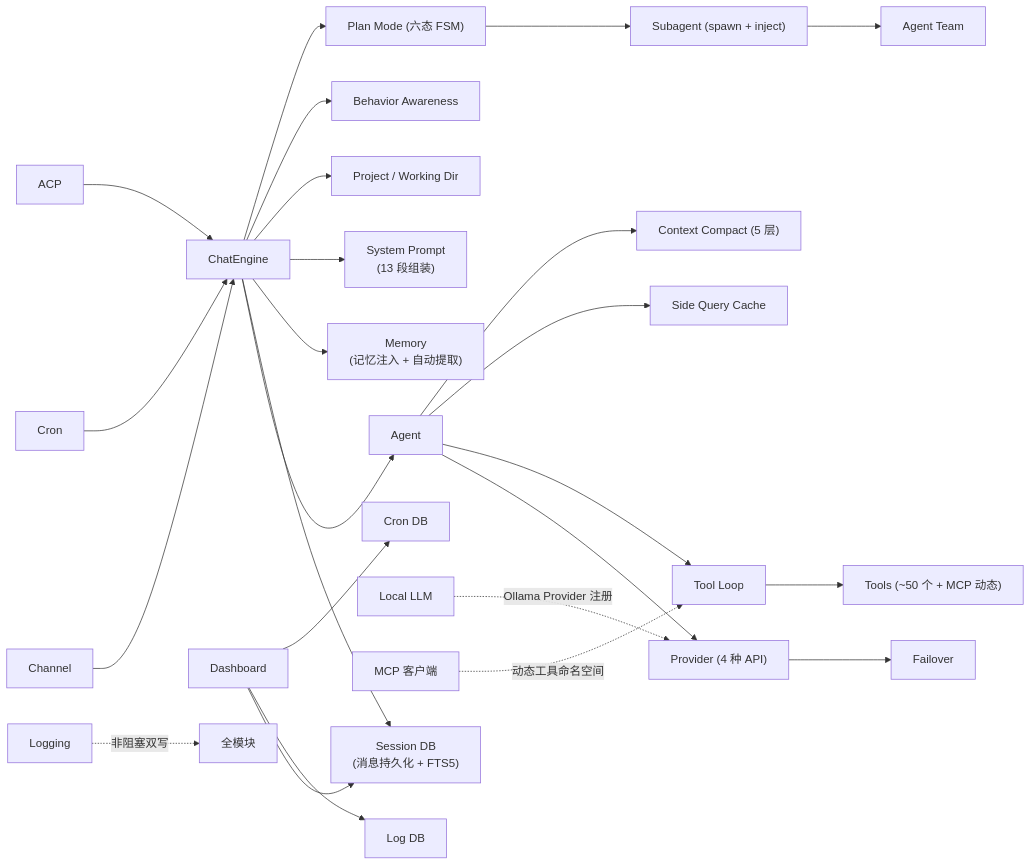
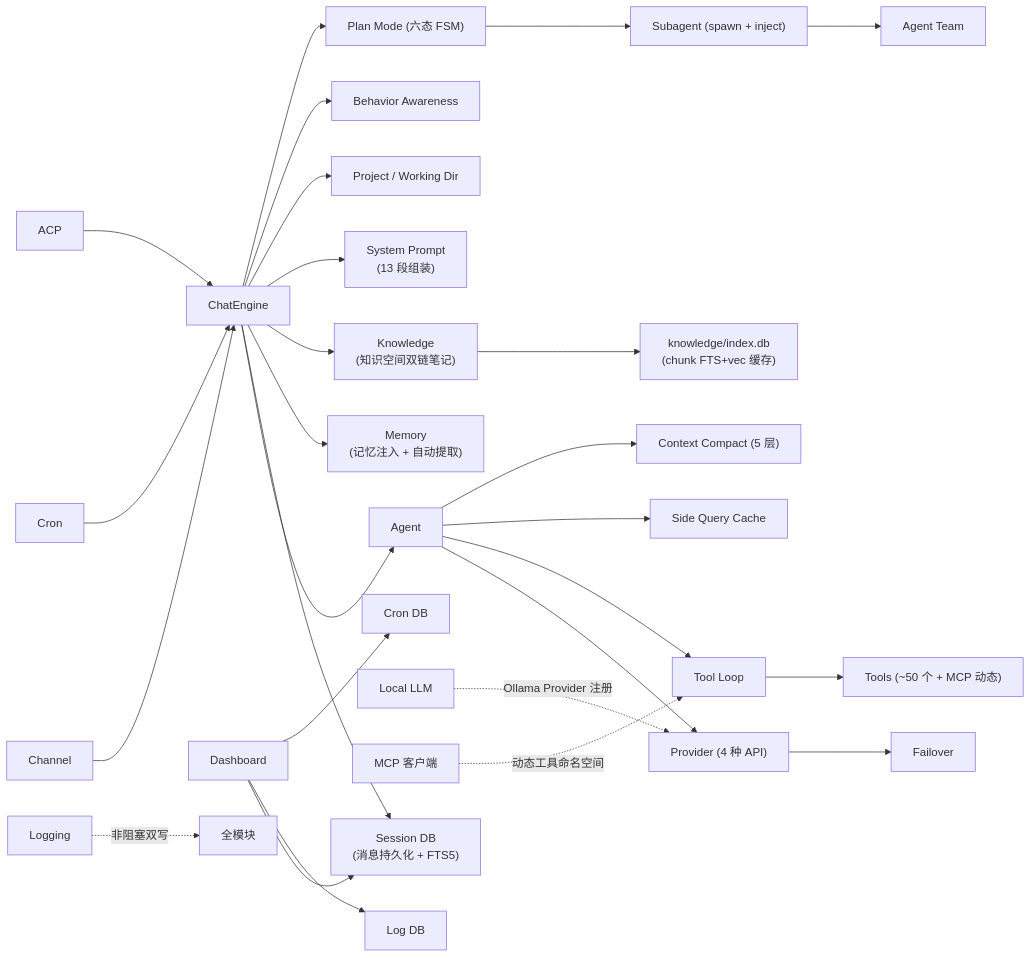
Before and after one commit to shiwenwen/hope-agent: the fourth of 4 diagrams in docs/architecture/overview.md, drawn with Mermaid. The commit also changed other lines of this file and 10 other files, not shown here.

````diff
--- a/docs/architecture/overview.md
+++ b/docs/architecture/overview.md
@@ -132,30 +133,32 @@
 ```mermaid
 graph LR
     ChatEngine["ChatEngine"] --> Agent["Agent"]
     Agent --> Provider["Provider (4 种 API)"]
     Provider --> Failover["Failover"]
     Agent --> ToolLoop["Tool Loop"]
     ToolLoop --> Tools["Tools (~50 个 + MCP 动态)"]
     Agent --> SideQuery["Side Query Cache"]
     Agent --> ContextCompact["Context Compact (5 层)"]
 
     ChatEngine --> SessionDB["Session DB<br/>(消息持久化 + FTS5)"]
     ChatEngine --> Memory["Memory<br/>(记忆注入 + 自动提取)"]
+    ChatEngine --> Knowledge["Knowledge<br/>(知识空间双链笔记)"]
+    Knowledge --> KbIndex["knowledge/index.db<br/>(chunk FTS+vec 缓存)"]
     ChatEngine --> SystemPrompt["System Prompt<br/>(13 段组装)"]
     ChatEngine --> ProjectCtx["Project / Working Dir"]
     ChatEngine --> Awareness["Behavior Awareness"]
     ChatEngine --> PlanMode["Plan Mode (六态 FSM)"]
     PlanMode --> Subagent["Subagent (spawn + inject)"]
     Subagent --> Team["Agent Team"]
 
     Channel["Channel"] --> ChatEngine
     Cron["Cron"] --> ChatEngine
     ACP["ACP"] --> ChatEngine
     LocalLLM["Local LLM"] -.->|"Ollama Provider 注册"| Provider
     MCP["MCP 客户端"] -.->|"动态工具命名空间"| ToolLoop
     Dashboard["Dashboard"] --> SessionDB
     Dashboard --> LogDB["Log DB"]
     Dashboard --> CronDB["Cron DB"]
     Logging["Logging"] -.->|"非阻塞双写"| AllModules["全模块"]
 
 ```
````
